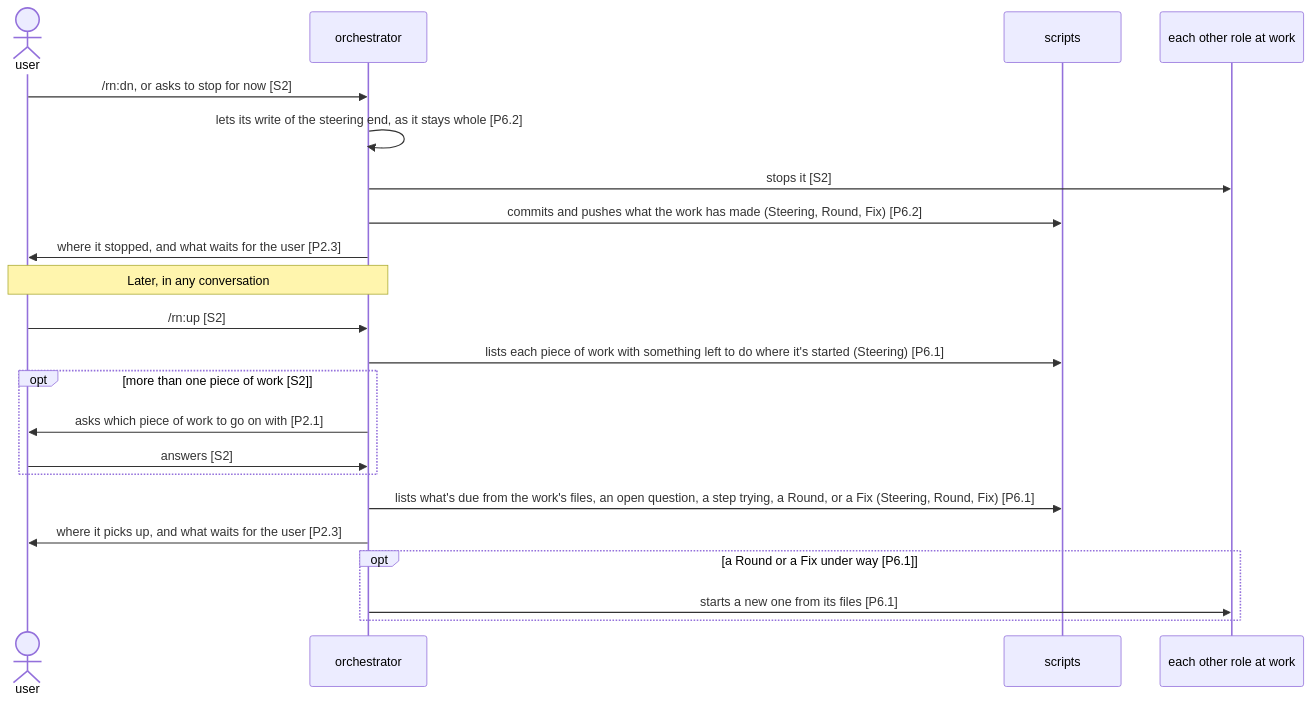
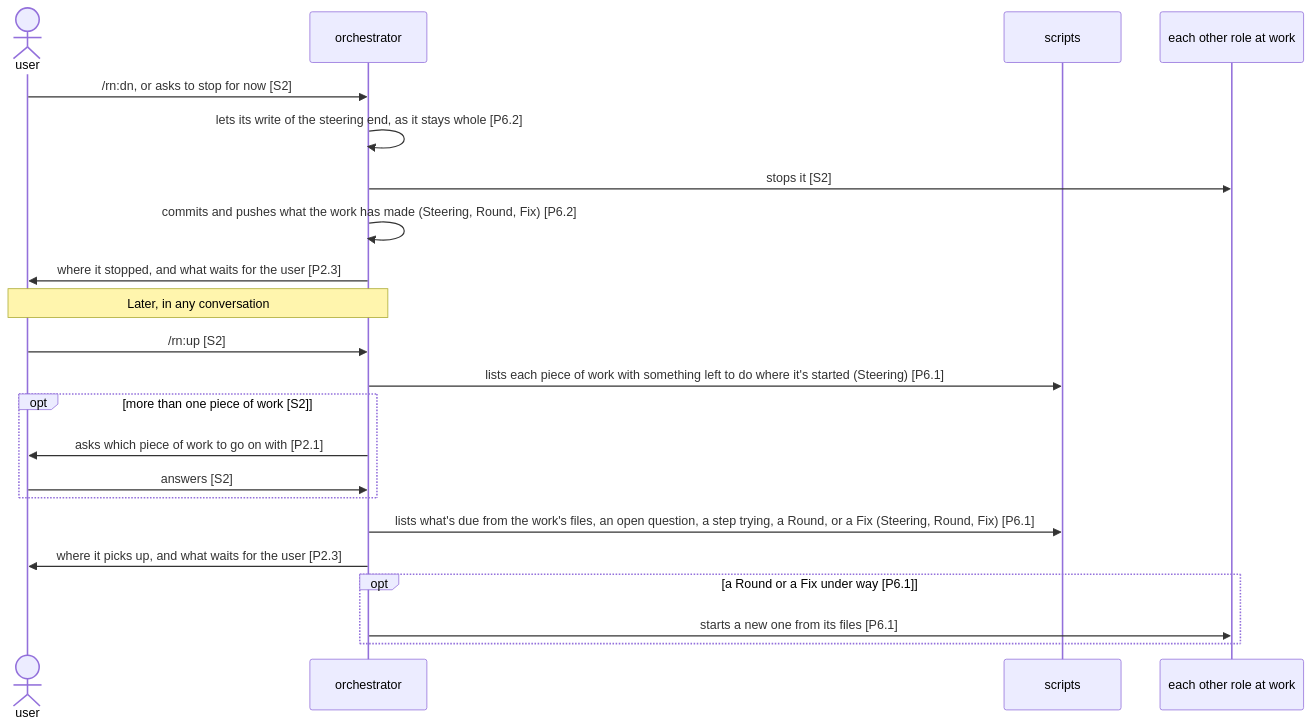
One commit to lovaizu/ccpm changed the second of 3 diagrams in dev/rn/architecture.md. Above: the diagram before and after it, drawn with Mermaid. The commit also changed other lines of this file and 23 other files, not shown here.

First line of the commit message:
rn: the orchestrator commits and pushes at the end of each purpose, and no script does

````diff
--- a/dev/rn/architecture.md
+++ b/dev/rn/architecture.md
@@ -345,24 +350,24 @@
 ```mermaid
 sequenceDiagram
   actor U as user
   participant O as orchestrator
   participant S as scripts
   participant W as each other role at work
   U->>O: /rn:dn, or asks to stop for now [S2]
   O->>O: lets its write of the steering end, as it stays whole [P6.2]
   O->>W: stops it [S2]
-  O->>S: commits and pushes what the work has made (Steering, Round, Fix) [P6.2]
+  O->>O: commits and pushes what the work has made (Steering, Round, Fix) [P6.2]
   O->>U: where it stopped, and what waits for the user [P2.3]
   Note over U,O: Later, in any conversation
   U->>O: /rn:up [S2]
   O->>S: lists each piece of work with something left to do where it's started (Steering) [P6.1]
   opt more than one piece of work [S2]
     O->>U: asks which piece of work to go on with [P2.1]
     U->>O: answers [S2]
   end
   O->>S: lists what's due from the work's files, an open question, a step trying, a Round, or a Fix (Steering, Round, Fix) [P6.1]
   O->>U: where it picks up, and what waits for the user [P2.3]
   opt a Round or a Fix under way [P6.1]
     O->>W: starts a new one from its files [P6.1]
   end
 ```
````
